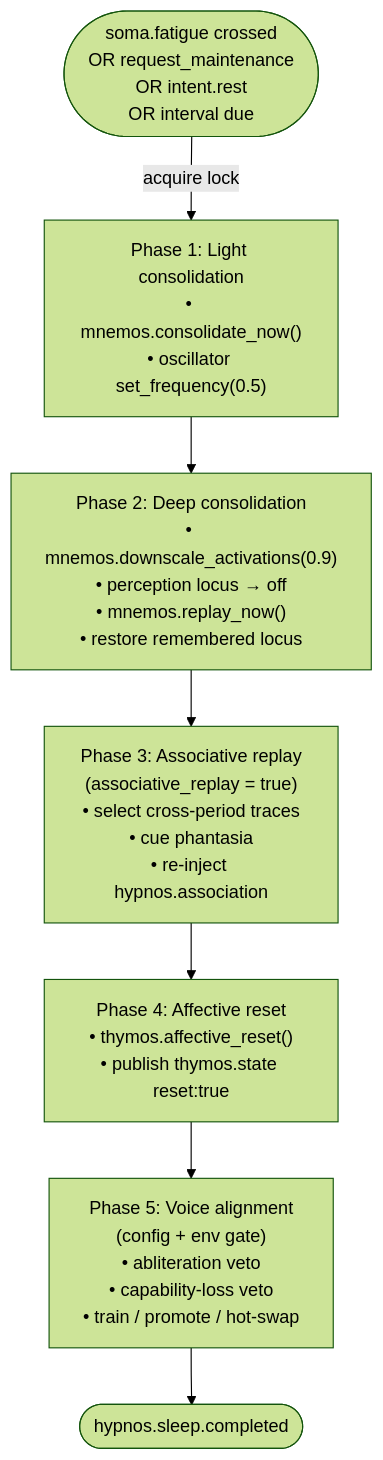
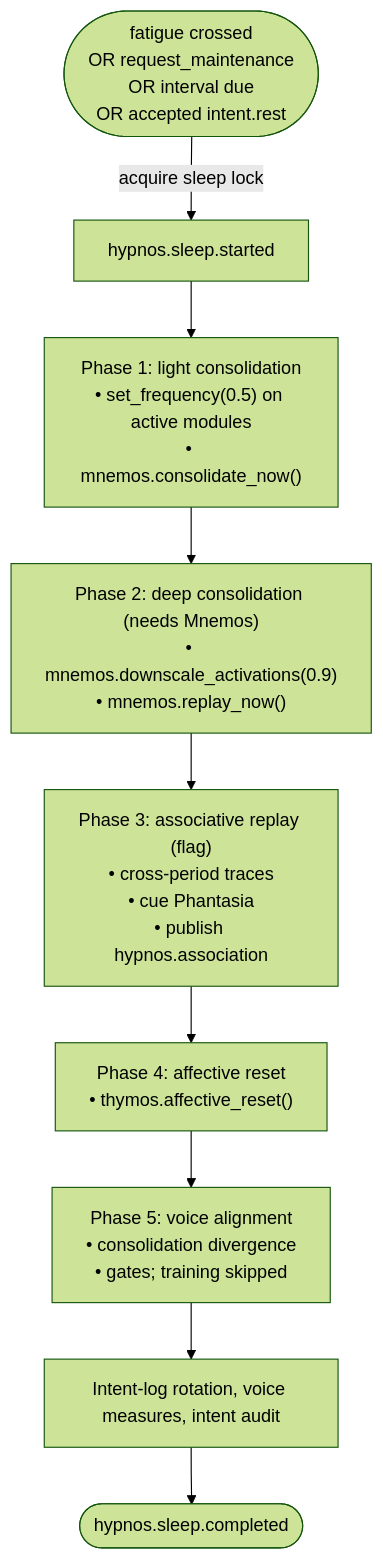
The diagram in docs/09-modules/hypnos.md (kaineone/kaine), drawn with Mermaid (forest theme) before and after one commit. The commit also changed other lines of this file and 72 other files, not shown here.

````diff
--- a/docs/09-modules/hypnos.md
+++ b/docs/09-modules/hypnos.md
@@ -118,19 +46,16 @@
 ```mermaid
 flowchart TD
-    S([soma.fatigue crossed\nOR request_maintenance\nOR intent.rest\nOR interval due]) -->|acquire lock| P1
-
-    P1["Phase 1: Light consolidation\n• mnemos.consolidate_now()\n• oscillator set_frequency(0.5)"]
+    S([fatigue crossed\nOR request_maintenance\nOR interval due\nOR accepted intent.rest]) -->|acquire sleep lock| ST[hypnos.sleep.started]
+    ST --> P1
+    P1["Phase 1: light consolidation\n• set_frequency(0.5) on active modules\n• mnemos.consolidate_now()"]
     P1 --> P2
-
-    P2["Phase 2: Deep consolidation\n• mnemos.downscale_activations(0.9)\n• perception locus → off\n• mnemos.replay_now()\n• restore remembered locus"]
+    P2["Phase 2: deep consolidation (needs Mnemos)\n• mnemos.downscale_activations(0.9)\n• mnemos.replay_now()"]
     P2 --> P3
-
-    P3["Phase 3: Associative replay\n(associative_replay = true)\n• select cross-period traces\n• cue phantasia\n• re-inject hypnos.association"]
+    P3["Phase 3: associative replay (flag)\n• cross-period traces\n• cue Phantasia\n• publish hypnos.association"]
     P3 --> P4
-
-    P4["Phase 4: Affective reset\n• thymos.affective_reset()\n• publish thymos.state reset:true"]
+    P4["Phase 4: affective reset\n• thymos.affective_reset()"]
     P4 --> P5
-
-    P5["Phase 5: Voice alignment\n(config + env gate)\n• abliteration veto\n• capability-loss veto\n• train / promote / hot-swap"]
-    P5 --> E([hypnos.sleep.completed])
+    P5["Phase 5: voice alignment\n• consolidation divergence\n• gates; training skipped"]
+    P5 --> R[Intent-log rotation, voice measures, intent audit]
+    R --> E([hypnos.sleep.completed])
 ```
````
